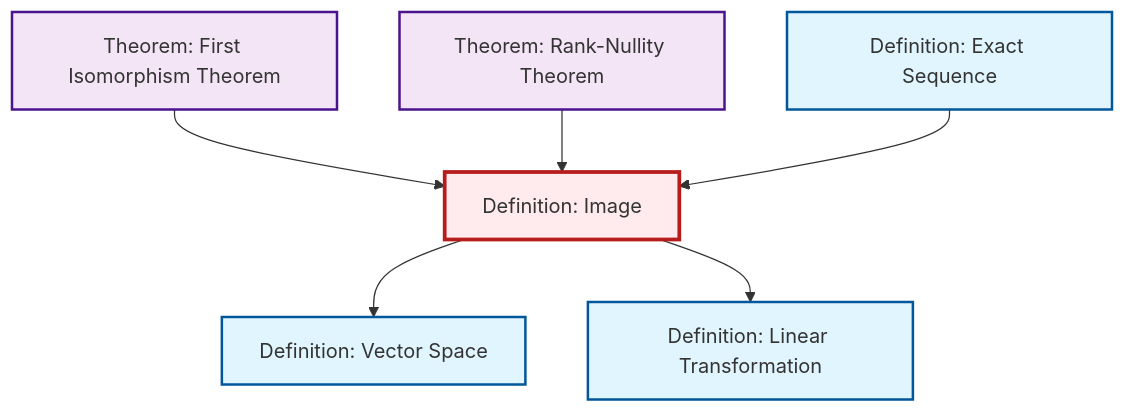
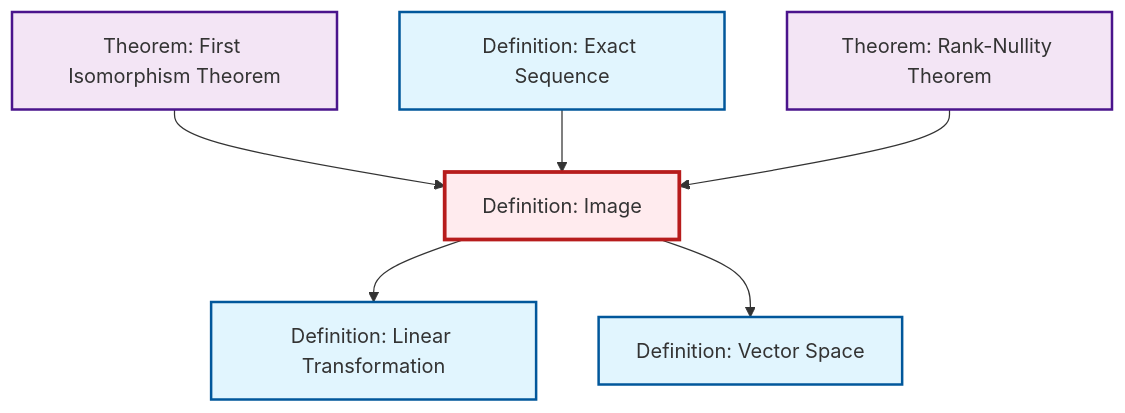
One commit to RK0429/ModernMath changed the diagram in output/mermaid/en/def-image.mermaid. Above: the diagram before and after it, drawn with Mermaid. The commit also changed 3144 other files, not shown here.

```diff
--- a/output/mermaid/en/def-image.mermaid
+++ b/output/mermaid/en/def-image.mermaid
@@ -1,19 +1,18 @@
-%%| fig-cap: "Local dependency graph"
 graph TD
     classDef definition fill:#e1f5fe,stroke:#01579b,stroke-width:2px
     classDef theorem fill:#f3e5f5,stroke:#4a148c,stroke-width:2px
     classDef axiom fill:#fff3e0,stroke:#e65100,stroke-width:2px
     classDef example fill:#e8f5e9,stroke:#1b5e20,stroke-width:2px
     classDef current fill:#ffebee,stroke:#b71c1c,stroke-width:3px
+    thm-first-isomorphism["Theorem: First Isomorphism Theorem"]:::theorem
     def-vector-space["Definition: Vector Space"]:::definition
+    thm-rank-nullity["Theorem: Rank-Nullity Theorem"]:::theorem
+    def-linear-transformation["Definition: Linear Transformation"]:::definition
     def-exact-sequence["Definition: Exact Sequence"]:::definition
     def-image["Definition: Image"]:::definition
-    thm-first-isomorphism["Theorem: First Isomorphism Theorem"]:::theorem
-    thm-rank-nullity["Theorem: Rank-Nullity Theorem"]:::theorem
-    def-linear-transformation["Definition: Linear Transformation"]:::definition
+    def-image --> def-linear-transformation
+    def-image --> def-vector-space
     thm-first-isomorphism --> def-image
-    def-image --> def-vector-space
+    def-exact-sequence --> def-image
     thm-rank-nullity --> def-image
-    def-image --> def-linear-transformation
-    def-exact-sequence --> def-image
     class def-image current
```
